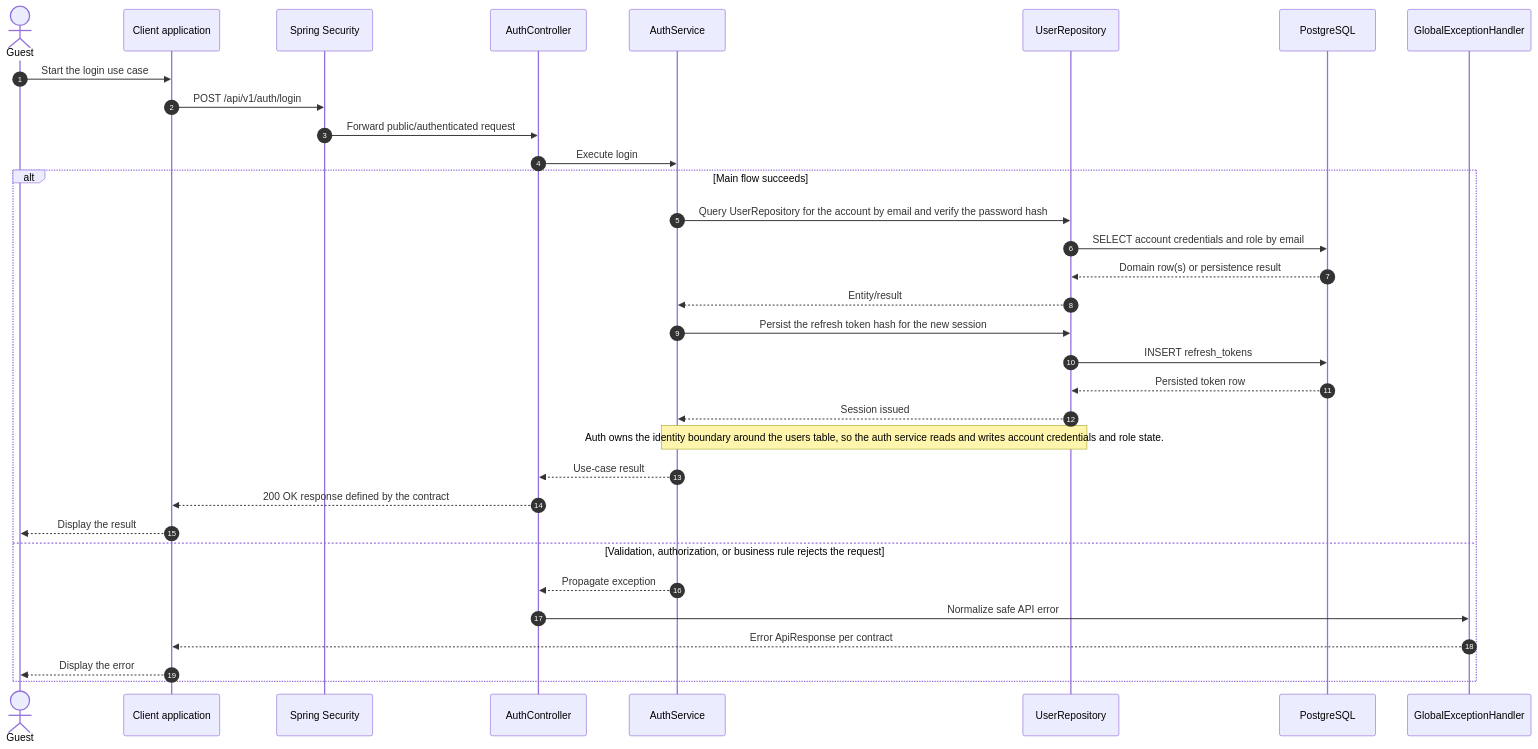
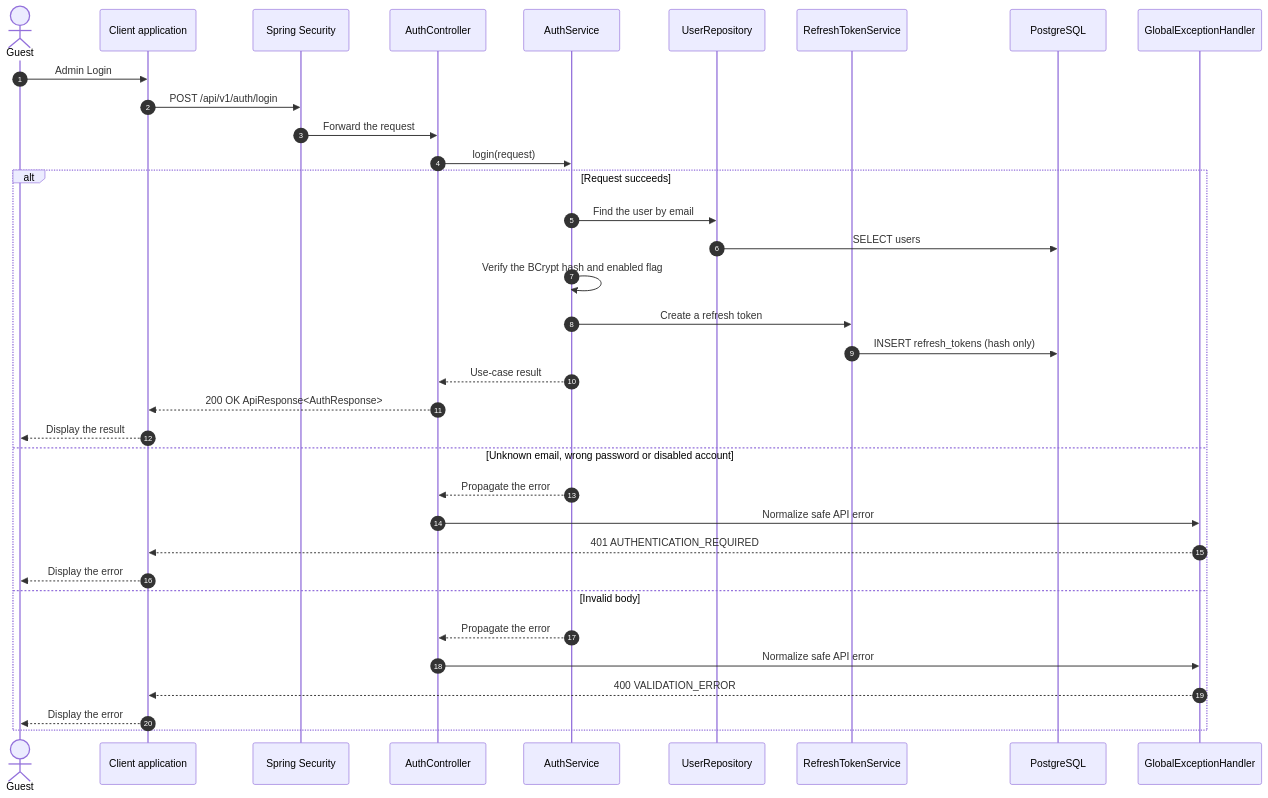
The diagram in sequence-diagram/admin/login.md (e-commercial-marketplace/commerce-platform-docs), drawn with Mermaid before and after one commit. The commit also changed other lines of this file and 232 other files, not shown here.

Commit message:
docs(usecase): align use cases, specs, activity and sequence diagrams with the backend

````diff
--- a/sequence-diagram/admin/login.md
+++ b/sequence-diagram/admin/login.md
@@ -9,35 +7,37 @@
 ```mermaid
 sequenceDiagram
     autonumber
     actor Guest
     participant Client as Client application
     participant Security as Spring Security
     participant Controller as AuthController
     participant Service as AuthService
     participant Repo as UserRepository
+    participant Tokens as RefreshTokenService
     participant DB as PostgreSQL
     participant Handler as GlobalExceptionHandler
-    Guest->>Client: Start the login use case
+    Guest->>Client: Admin Login
     Client->>Security: POST /api/v1/auth/login
-    Security->>Controller: Forward public/authenticated request
-    Controller->>Service: Execute login
-    alt Main flow succeeds
-        Service->>Repo: Query UserRepository for the account by email and verify the password hash
-        Repo->>DB: SELECT account credentials and role by email
-        DB-->>Repo: Domain row(s) or persistence result
-        Repo-->>Service: Entity/result
-        Service->>Repo: Persist the refresh token hash for the new session
-        Repo->>DB: INSERT refresh_tokens
-        DB-->>Repo: Persisted token row
-        Repo-->>Service: Session issued
-        Note over Service,Repo: Auth owns the identity boundary around the users table, so the auth service reads and writes account credentials and role state.
+    Security->>Controller: Forward the request
+    Controller->>Service: login(request)
+    alt Request succeeds
+        Service->>Repo: Find the user by email
+        Repo->>DB: SELECT users
+        Service->>Service: Verify the BCrypt hash and enabled flag
+        Service->>Tokens: Create a refresh token
+        Tokens->>DB: INSERT refresh_tokens (hash only)
         Service-->>Controller: Use-case result
-        Controller-->>Client: 200 OK response defined by the contract
+        Controller-->>Client: 200 OK ApiResponse<AuthResponse>
         Client-->>Guest: Display the result
-    else Validation, authorization, or business rule rejects the request
-        Service-->>Controller: Propagate exception
+    else Unknown email, wrong password or disabled account
+        Service-->>Controller: Propagate the error
         Controller->>Handler: Normalize safe API error
-        Handler-->>Client: Error ApiResponse per contract
+        Handler-->>Client: 401 AUTHENTICATION_REQUIRED
+        Client-->>Guest: Display the error
+    else Invalid body
+        Service-->>Controller: Propagate the error
+        Controller->>Handler: Normalize safe API error
+        Handler-->>Client: 400 VALIDATION_ERROR
         Client-->>Guest: Display the error
     end
 ```
````
